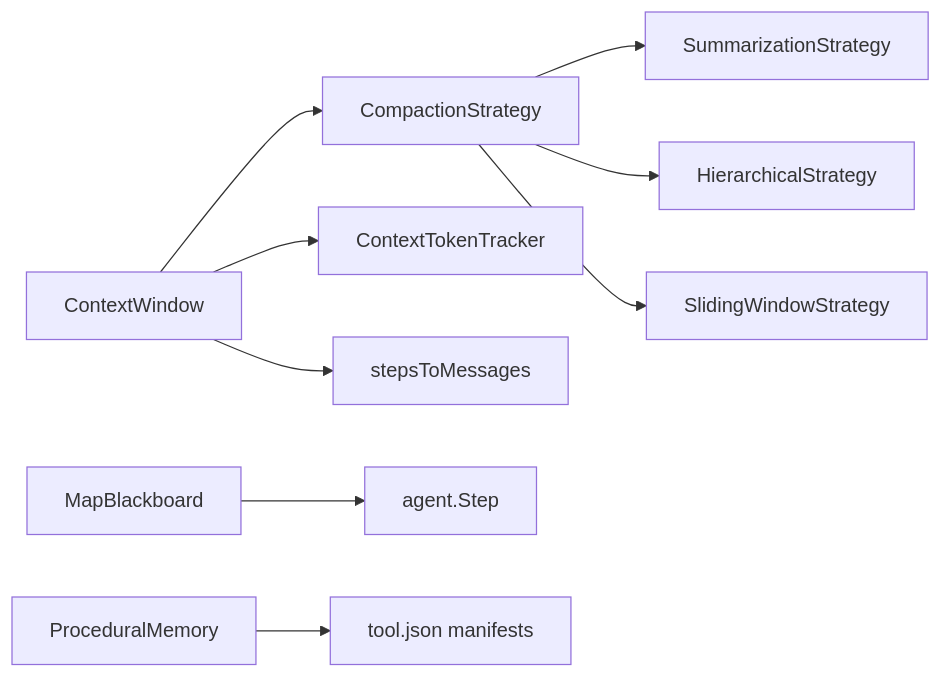
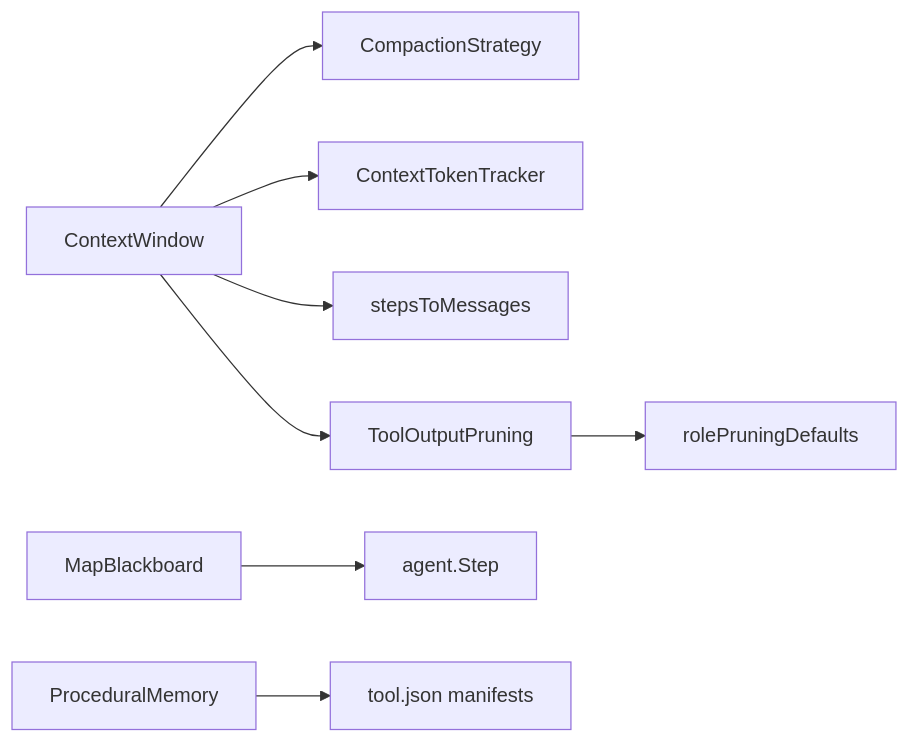
Diagram 11 of 11 in .qoder/repowiki/en/content/Memory and Context Management/Memory and Context Management.md (v0lka/c0wrk), drawn with Mermaid before and after one commit. The commit also changed other lines of this file and 49 other files, not shown here.

````diff
--- a/.qoder/repowiki/en/content/Memory and Context Management/Memory and Context Management.md
+++ b/.qoder/repowiki/en/content/Memory and Context Management/Memory and Context Management.md
@@ -436,11 +527,10 @@
 ```mermaid
 graph LR
 CW["ContextWindow"] --> STRAT["CompactionStrategy"]
 CW --> TRACK["ContextTokenTracker"]
 CW --> STEP["stepsToMessages"]
-STRAT --> SUMM["SummarizationStrategy"]
-STRAT --> HIER["HierarchicalStrategy"]
-STRAT --> SLIDE["SlidingWindowStrategy"]
+CW --> TOOLPRUNE["ToolOutputPruning"]
+TOOLPRUNE --> ROLEPRUNE["rolePruningDefaults"]
 BB["MapBlackboard"] --> AGSTEP["agent.Step"]
 PM["ProceduralMemory"] --> FS["tool.json manifests"]
 ```
````
